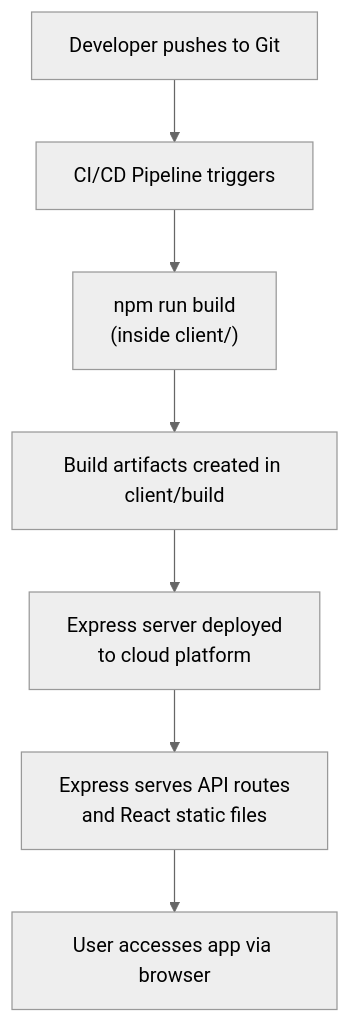
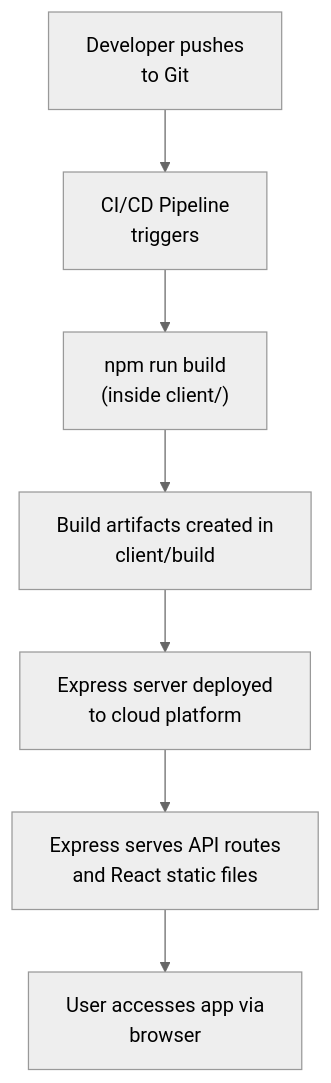
One commit to amitdevx/TY changed the fourth of 4 diagrams in 02-Semester-VI/CS-353-MJ-T-Web-Technology-II/Unit-5.md. Above: the diagram before and after it, drawn with Mermaid (neutral theme). The commit also changed other lines of this file and 65 other files, not shown here.

Commit message:
fix:graph vertical

````diff
--- a/02-Semester-VI/CS-353-MJ-T-Web-Technology-II/Unit-5.md
+++ b/02-Semester-VI/CS-353-MJ-T-Web-Technology-II/Unit-5.md
@@ -1049,9 +1049,9 @@
 ```mermaid
 graph TD
-    A[Developer pushes to Git] --> B[CI/CD Pipeline triggers]
+    A[Developer pushes<br/>to Git] --> B[CI/CD Pipeline<br/>triggers]
     B --> C["npm run build<br/>(inside client/)"]
-    C --> D[Build artifacts created in client/build]
+    C --> D[Build artifacts created in<br/>client/build]
     D --> E[Express server deployed<br/>to cloud platform]
     E --> F[Express serves API routes<br/>and React static files]
-    F --> G[User accesses app via browser]
+    F --> G[User accesses app via<br/>browser]
 ```
````
